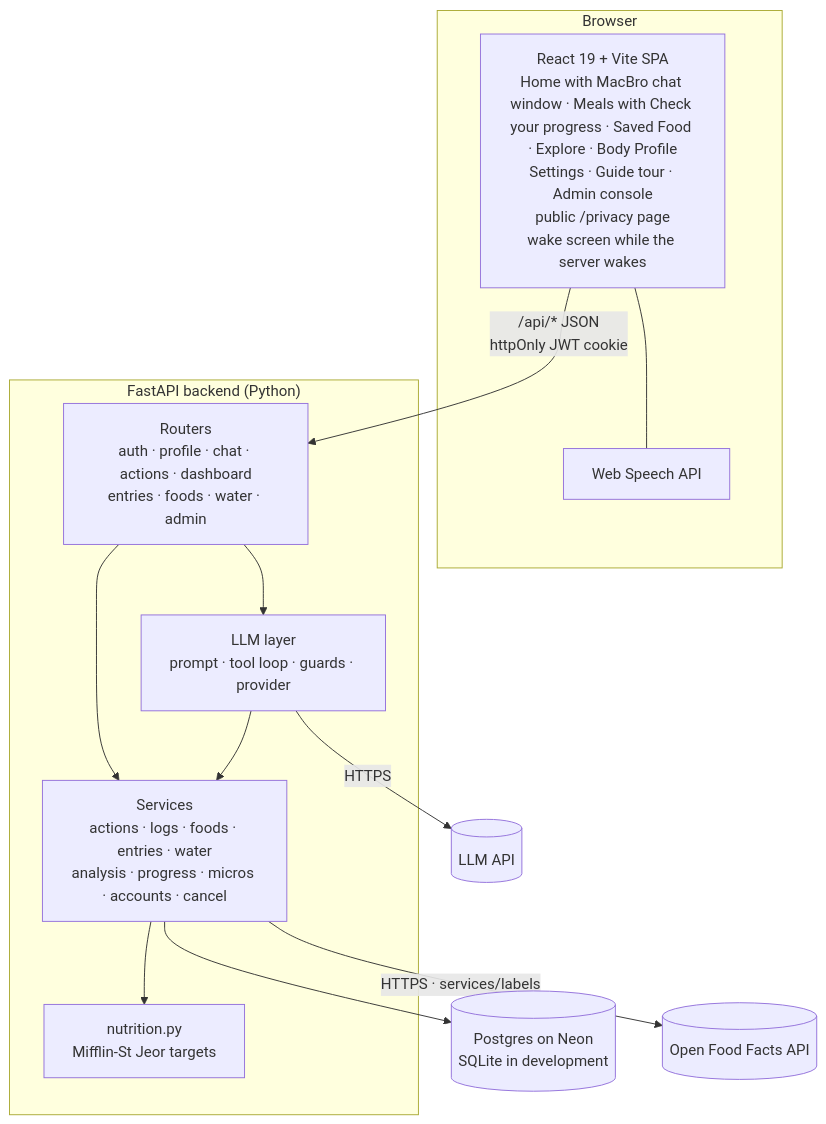
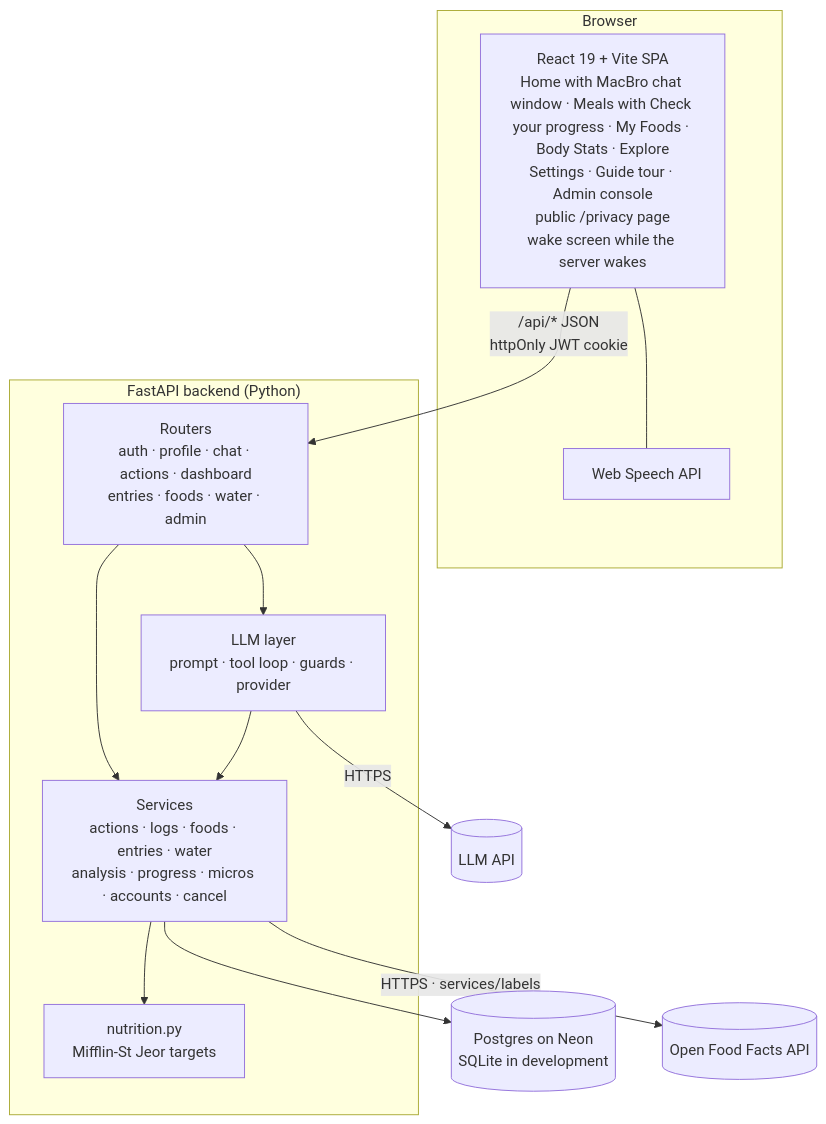
One commit to NeoAnushka21/tracker_poc changed the second of 11 diagrams in docs/hld.md. Above: the diagram before and after it, drawn with Mermaid. The commit also changed other lines of this file and 27 other files, not shown here.

First line of the commit message:
Tabs: My Foods and Body Stats, new order Home, Meals, My Foods, Body Stats, Explore

````diff
--- a/docs/hld.md
+++ b/docs/hld.md
@@ -40,28 +40,28 @@
 ```mermaid
 flowchart TB
     subgraph Browser
-        SPA[React 19 + Vite SPA<br/>Home with MacBro chat window · Meals with Check your progress · Saved Food · Explore · Body Profile<br/>Settings · Guide tour · Admin console<br/>public /privacy page<br/>wake screen while the server wakes]
+        SPA[React 19 + Vite SPA<br/>Home with MacBro chat window · Meals with Check your progress · My Foods · Body Stats · Explore<br/>Settings · Guide tour · Admin console<br/>public /privacy page<br/>wake screen while the server wakes]
         STT[Web Speech API]
         SPA --- STT
     end
 
     subgraph Server["FastAPI backend (Python)"]
         R[Routers<br/>auth · profile · chat · actions · dashboard<br/>entries · foods · water · admin]
         L[LLM layer<br/>prompt · tool loop · guards · provider]
         S[Services<br/>actions · logs · foods · entries · water<br/>analysis · progress · micros · accounts · cancel]
         N[nutrition.py<br/>Mifflin-St Jeor targets]
         R --> L
         R --> S
         L --> S
         S --> N
     end
 
     DB[(Postgres on Neon<br/>SQLite in development)]
     LLM[(LLM API)]
     OFF[(Open Food Facts API)]
 
     SPA -->|/api/* JSON<br/>httpOnly JWT cookie| R
     S --> DB
     L -->|HTTPS| LLM
     S -->|HTTPS · services/labels| OFF
 ```
````
